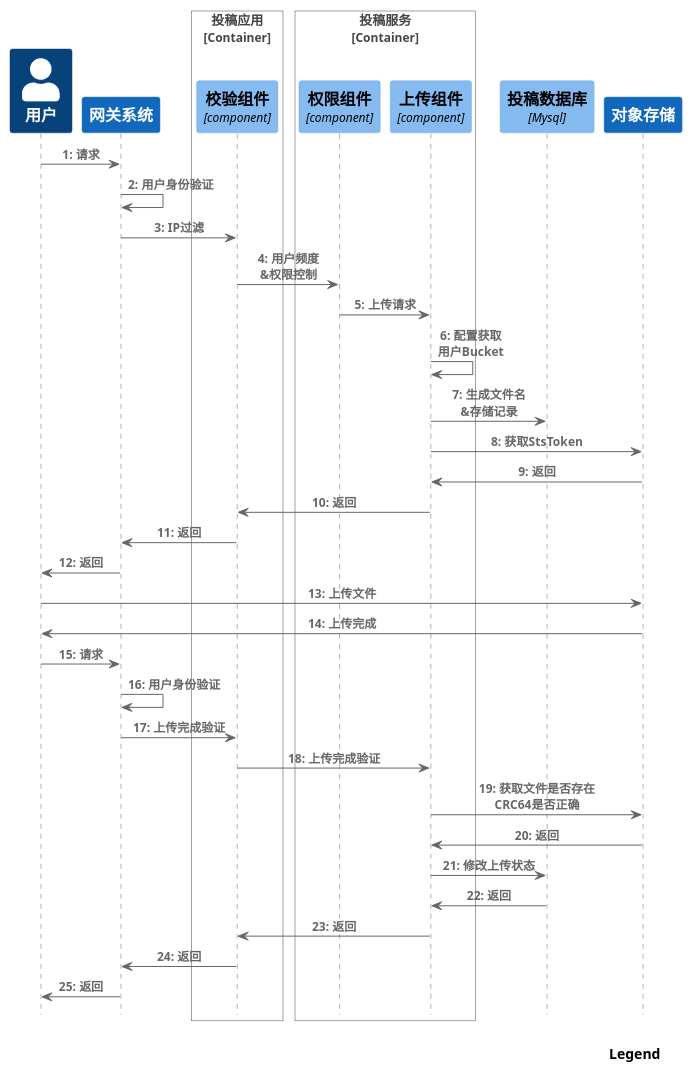
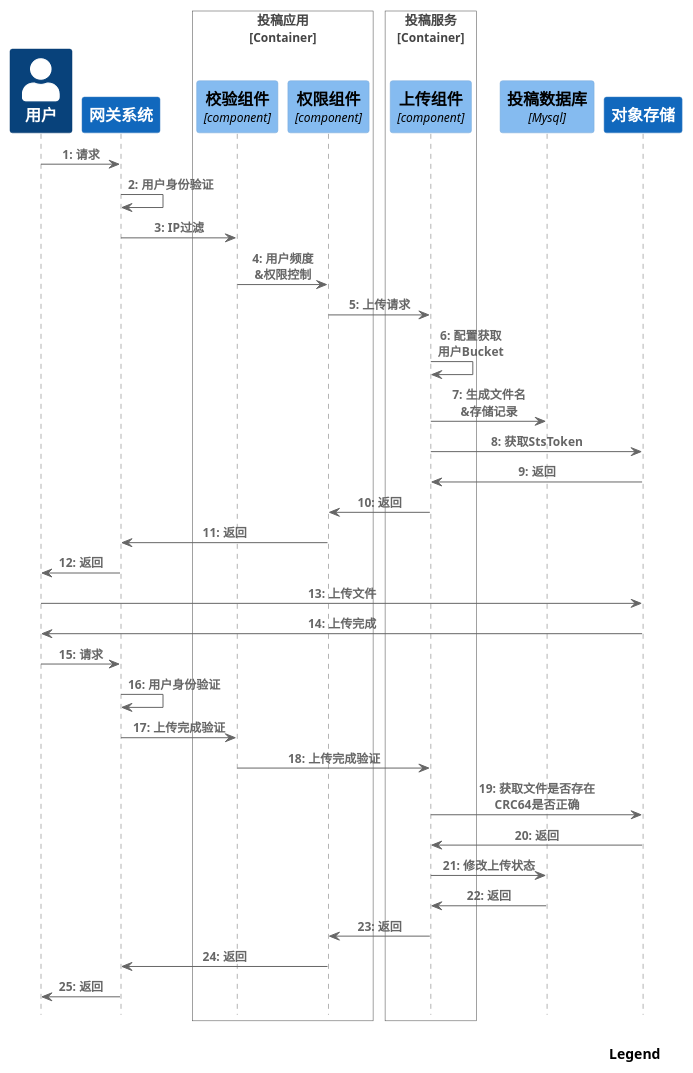
The diagram in puml/content/content/upload/uploadseq.puml (nxnnxn/community-doc), drawn with PlantUML before and after one commit. The commit also changed 9 other files, not shown here.

```diff
--- a/puml/content/content/upload/uploadseq.puml
+++ b/puml/content/content/upload/uploadseq.puml
@@ -1,51 +1,51 @@
 @startuml
 !include <C4/C4_Sequence>
 SHOW_INDEX()
 SHOW_LEGEND()
 
 Person(user, "用户")
 System(gateway,"网关系统")
 
 Rel(user, gateway, "请求")
 Rel(gateway, gateway, "用户身份验证")
 
 Container_Boundary(postFacade, "投稿应用")
     Component(checkComponent, "校验组件", "component", "IP校验&安全检验")
+    Component(authComponent, "权限组件", "component", "用户权限检验")
 Boundary_End()
 
 Container_Boundary(postService, "投稿服务")
-    Component(authComponent, "权限组件", "component", "用户权限检验")
     Component(uploadComponent, "上传组件", "component", "上传令牌服务")
     Rel(gateway, checkComponent, "IP过滤")
     Rel(checkComponent, authComponent, "用户频度\n&权限控制")
     Rel(authComponent, uploadComponent, "上传请求")
     Rel(uploadComponent, uploadComponent, "配置获取\n用户Bucket")
 Boundary_End()
 ComponentDb(db, "投稿数据库", "Mysql")
 Rel(uploadComponent, db, "生成文件名\n&存储记录")
 System(objectStorage, "对象存储")
 Rel(uploadComponent, objectStorage, "获取StsToken")
 Rel(objectStorage, uploadComponent, "返回")
-Rel(uploadComponent, checkComponent, "返回")
-Rel(checkComponent, gateway, "返回")
+Rel(uploadComponent, authComponent, "返回")
+Rel(authComponent, gateway, "返回")
 Rel(gateway, user, "返回")
 Rel(user, objectStorage, "上传文件")
 Rel(objectStorage, user, "上传完成")
 Rel(user, gateway, "请求")
 Rel(gateway, gateway, "用户身份验证")
 Rel(gateway, checkComponent, "上传完成验证")
 Rel(checkComponent, uploadComponent, "上传完成验证")
 Rel(uploadComponent, objectStorage, "获取文件是否存在\nCRC64是否正确")
 Rel(objectStorage, uploadComponent, "返回")
 Rel(uploadComponent, db, "修改上传状态")
 Rel(db, uploadComponent, "返回")
-Rel(uploadComponent, checkComponent, "返回")
-Rel(checkComponent, gateway, "返回")
+Rel(uploadComponent, authComponent, "返回")
+Rel(authComponent, gateway, "返回")
 Rel(gateway, user, "返回")
 
 
 
 
 
 
 @enduml
```
